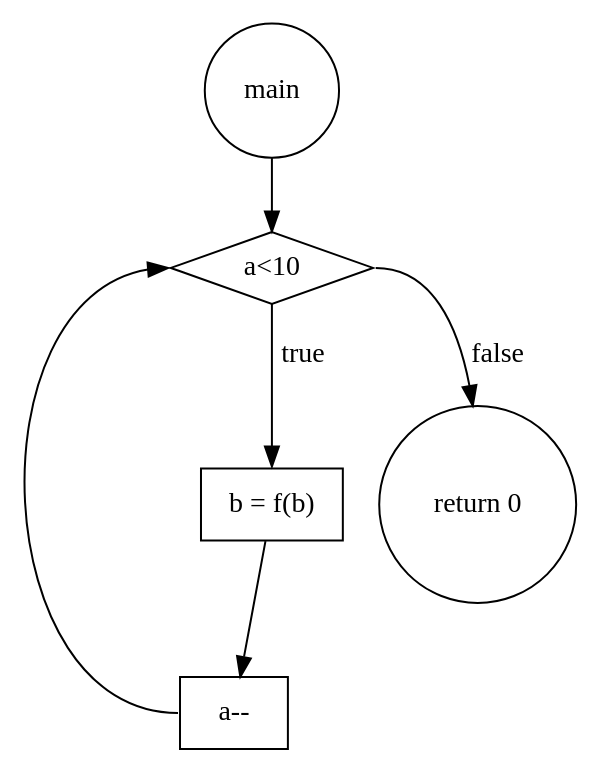
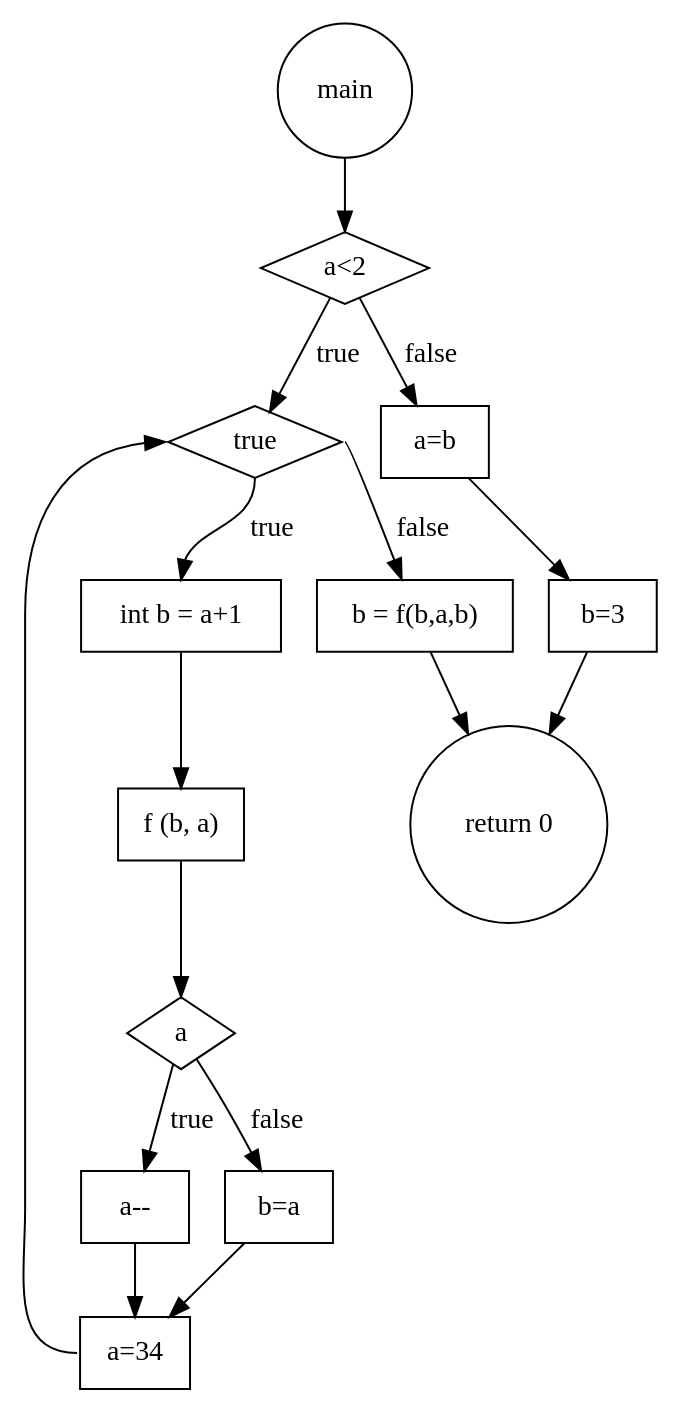
The diagram in fchart.dot (joshrobo/cs451flowchartGenerator), drawn with Graphviz before and after one commit. The commit also changed 6 other files, not shown here.

```diff
--- a/fchart.dot
+++ b/fchart.dot
@@ -1,11 +1,27 @@
 digraph {
 node [shape=circle]
 0->1
-0[label = "main"]2->3
-2[label = "b = f(b)", shape = "rectangle"]
-     3[label = "a--", shape = "rectangle"]
-1:s->2:n[label=true]
-1[label = "a<10", shape=diamond]3:w->1:w
-1[label = "a<10"]1:e->4[label = false]
-4[label = "return 0", shape = "circle"]
+0[label = "main"]3->4
+3[label = "int b = a+1", shape = "rectangle"]
+4->5
+4[label = "f (b, a)", shape = "rectangle"]
+     6[label = "a--", shape = "rectangle"]
+5->6[label="true"]
+5[label = "a",  shape = "diamond"]7->8
+7[label = "b=a", shape = "rectangle"]
+5->7[label="false"]
+6->8
+     8[label = "a=34", shape = "rectangle"]
+2:s->3:n[label=true]
+2[label = "true", shape=diamond]8:w->2:w
+2[label = "true"]2:e->9[label = false]
+      9[label = "b = f(b,a,b)", shape = "rectangle"]
+1->2[label="true"]
+1[label = "a<2",  shape = "diamond"]10->11
+10[label = "a=b", shape = "rectangle"]
+11->12
+11[label = "b=3", shape = "rectangle"]
+1->10[label="false"]
+9->12
+12[label = "return 0", shape = "circle"]
 }
```
